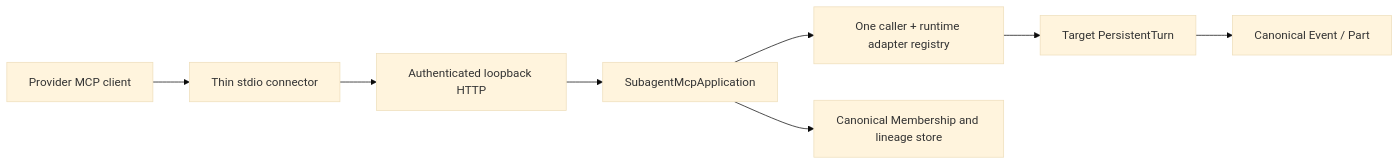
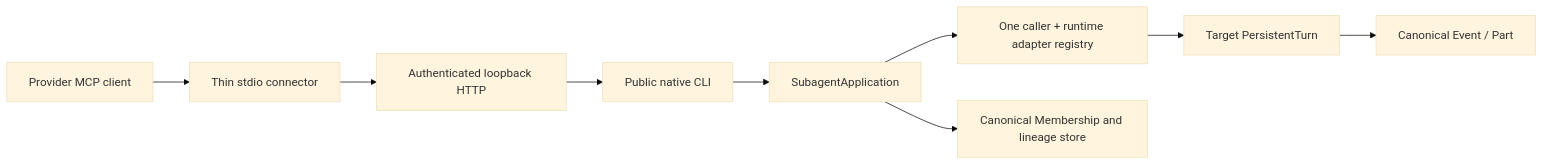
One commit to LicoLand/LicoUp changed the second of 2 diagrams in docs/architecture/AGENT-ADAPTERS-ARCHITECTURE.md. Above: the diagram before and after it, drawn with Mermaid (base theme). The commit also changed other lines of this file and 391 other files, not shown here.

Commit message:
Separate native CLI and MCP and modernize client presentation

````diff
--- a/docs/architecture/AGENT-ADAPTERS-ARCHITECTURE.md
+++ b/docs/architecture/AGENT-ADAPTERS-ARCHITECTURE.md
@@ -107,10 +107,11 @@
 ```mermaid
 flowchart LR
   P["Provider MCP client"] --> C["Thin stdio connector"]
   C --> H["Authenticated loopback HTTP"]
-  H --> A["SubagentMcpApplication"]
+  H --> CLI["Public native CLI"]
+  CLI --> A["SubagentApplication"]
   A --> R["One caller + runtime adapter registry"]
   A --> S["Canonical Membership and lineage store"]
   R --> T["Target PersistentTurn"]
   T --> E["Canonical Event / Part"]
 ```
````
